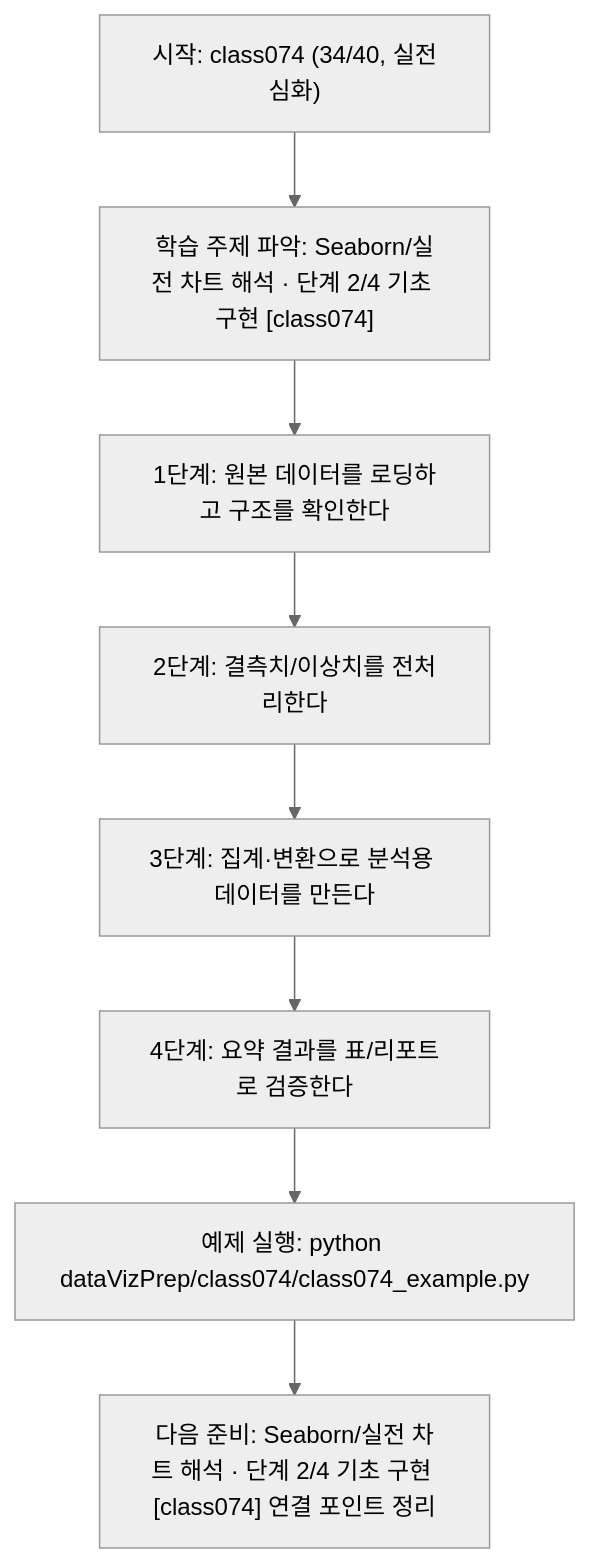
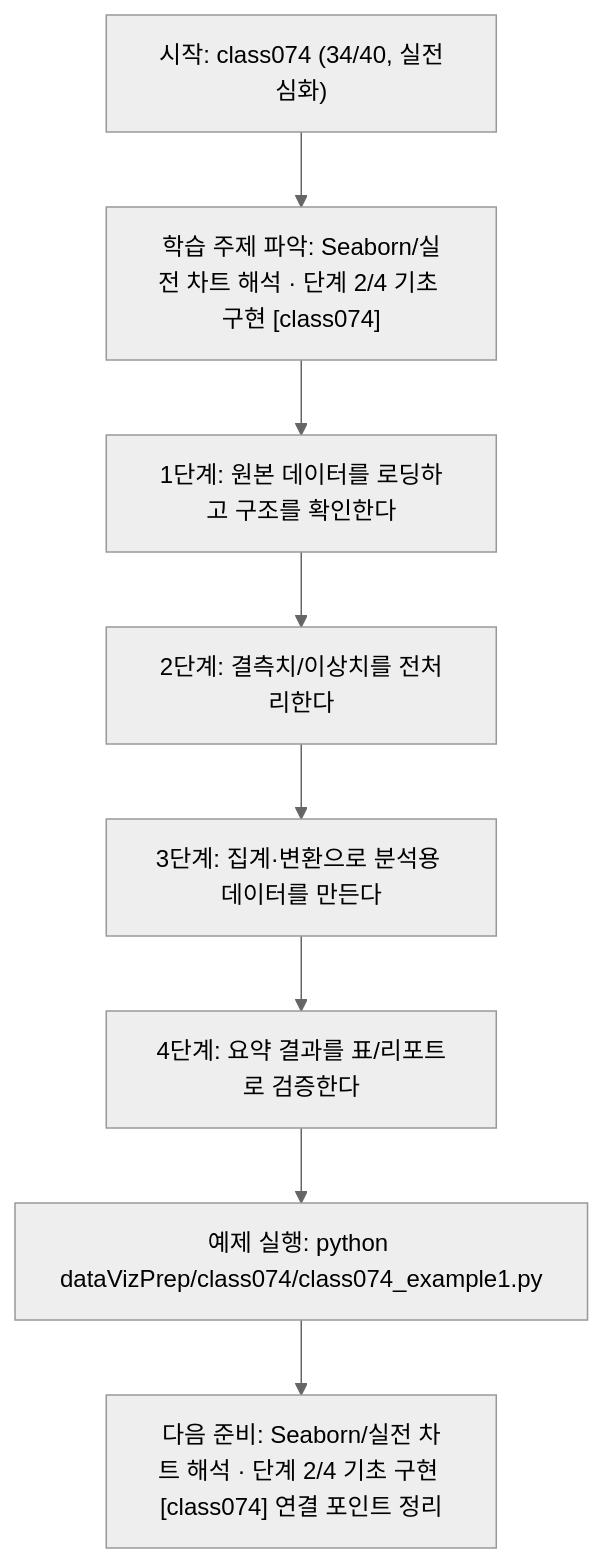
Before and after one commit to edumgt/Python-AI_Agent-Class: the diagram in dataVizPrep/class074/class074.md, drawn with Mermaid (neutral theme). The commit also changed other lines of this file and 2959 other files, not shown here.

````diff
--- a/dataVizPrep/class074/class074.md
+++ b/dataVizPrep/class074/class074.md
@@ -112,18 +112,18 @@
 ```mermaid
 flowchart TD
 N1["시작: class074 (34/40, 실전심화)"]
 N2["학습 주제 파악: Seaborn/실전 차트 해석 · 단계 2/4 기초 구현 [class074]"]
 N3["1단계: 원본 데이터를 로딩하고 구조를 확인한다"]
 N4["2단계: 결측치/이상치를 전처리한다"]
 N5["3단계: 집계·변환으로 분석용 데이터를 만든다"]
 N6["4단계: 요약 결과를 표/리포트로 검증한다"]
-N7["예제 실행: python dataVizPrep/class074/class074_example.py"]
+N7["예제 실행: python dataVizPrep/class074/class074_example1.py"]
 N8["다음 준비: Seaborn/실전 차트 해석 · 단계 2/4 기초 구현 [class074] 연결 포인트 정리"]
 N1 --> N2
 N2 --> N3
 N3 --> N4
 N4 --> N5
 N5 --> N6
 N6 --> N7
 N7 --> N8
 ```
````
